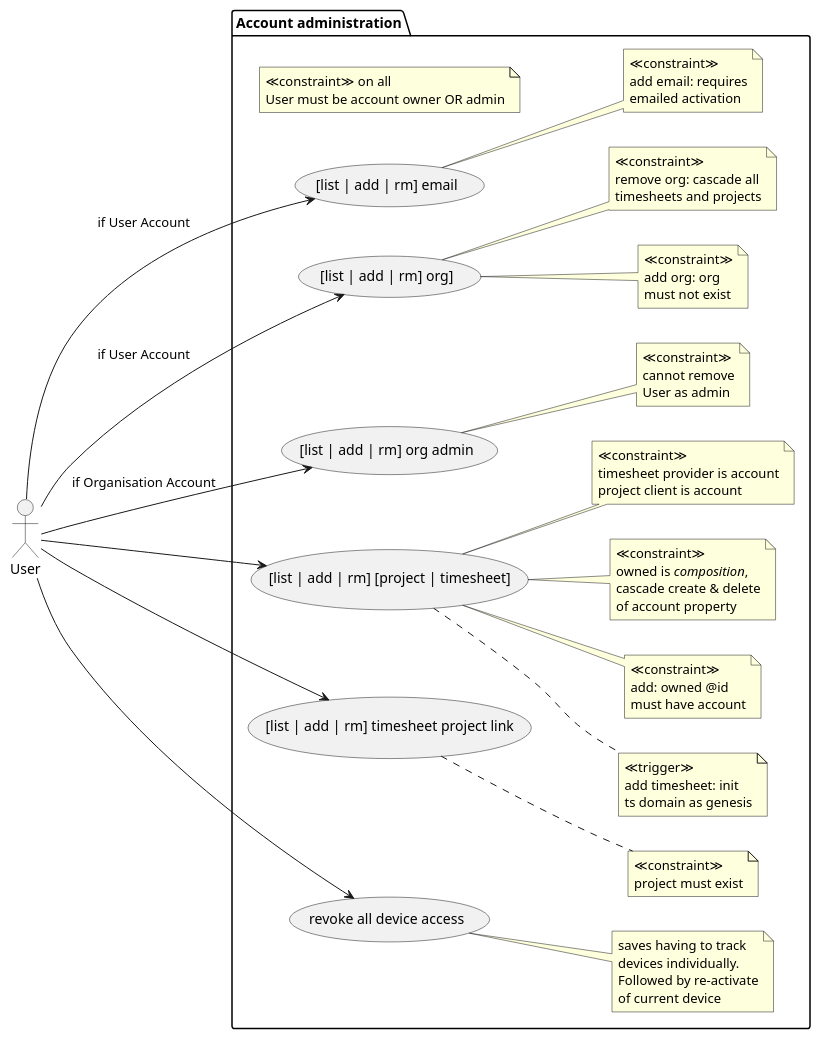
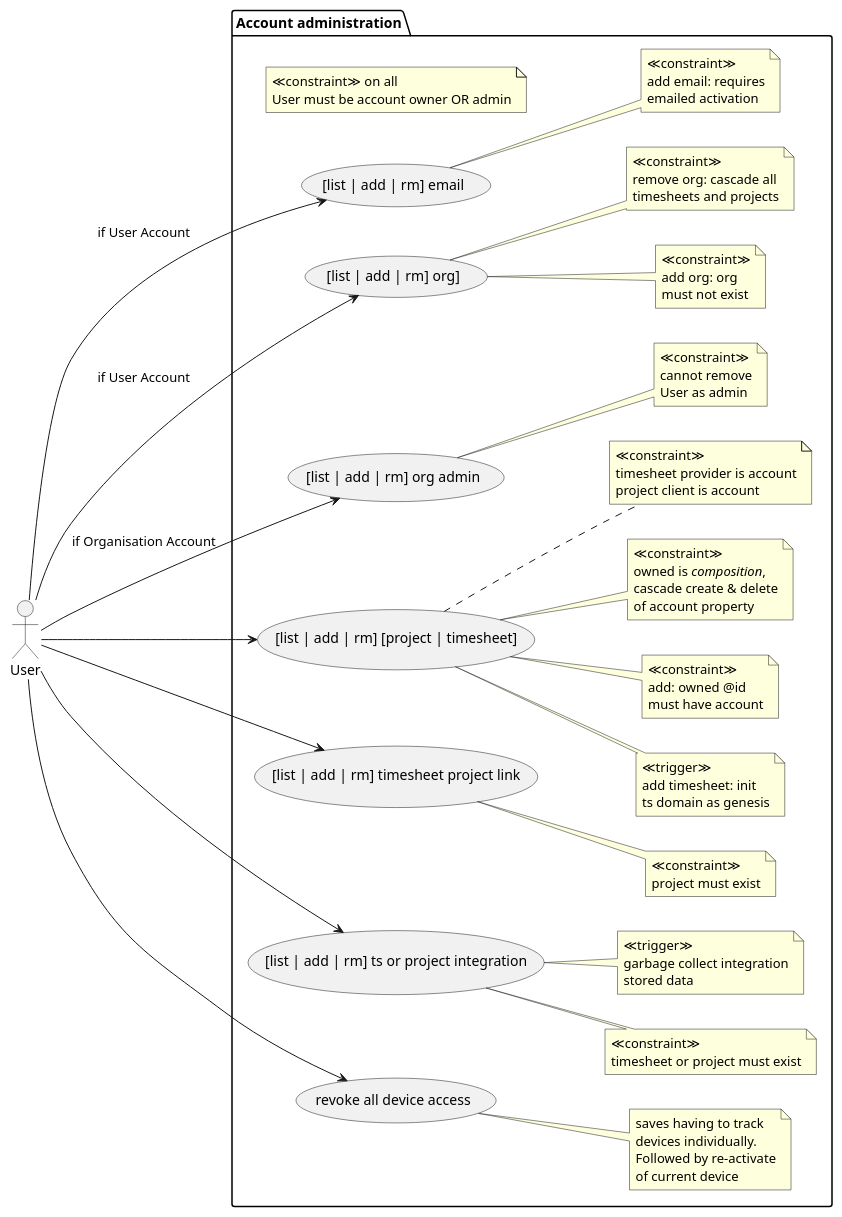
The diagram in architecture/use-case/administration.use-case.puml (m-ld/timeld), drawn with PlantUML before and after one commit. The commit also changed 22 other files, not shown here.

```diff
--- a/architecture/use-case/administration.use-case.puml
+++ b/architecture/use-case/administration.use-case.puml
@@ -1,78 +1,90 @@
 @startuml
 'https://plantuml.com/use-case-diagram
 left to right direction
 
 actor User
 package "Account administration" {
   note "≪constraint≫ on all\nUser must be account owner OR admin" as appliesToAll
 
   usecase userAdminEmail as ([list | add | rm] email)
   User --> userAdminEmail: if User Account
   note right of userAdminEmail
     ' TODO
     ≪constraint≫
     add email: requires
     emailed activation
   end note
 
   usecase userAdminOrg as ([list | add | rm] org])
   User --> userAdminOrg: if User Account
   note right of userAdminOrg
     ≪constraint≫
     add org: org
     must not exist
   end note
   note right of userAdminOrg
     ≪constraint≫
     remove org: cascade all
     timesheets and projects
   end note
   usecase orgAdmin as ([list | add | rm] org admin)
   User --> orgAdmin: if Organisation Account
   note right of orgAdmin
     ≪constraint≫
     cannot remove
     User as admin
   end note
 
   usecase ownedAdmin as ([list | add | rm] [project | timesheet])
   User --> ownedAdmin
   note right of ownedAdmin
     ≪trigger≫
     add timesheet: init
     ts domain as genesis
   end note
   note right of ownedAdmin
     ≪constraint≫
     add: owned @id
     must have account
   end note
   note right of ownedAdmin
     ≪constraint≫
     owned is //composition//,
     cascade create & delete
     of account property
   end note
   note right of ownedAdmin
     ≪constraint≫
     timesheet provider is account
     project client is account
   end note
 
   User --> ([list | add | rm] timesheet project link)
   note right
     ≪constraint≫
     project must exist
   end note
 
+  usecase integrations as ([list | add | rm] ts or project integration)
+  User --> integrations
+  note right of integrations
+    ≪constraint≫
+    timesheet or project must exist
+  end note
+  note right of integrations
+    ≪trigger≫
+    garbage collect integration
+    stored data
+  end note
+
   ' TODO
   User --> (revoke all device access)
   note right
     saves having to track
     devices individually.
     Followed by re-activate
     of current device
   end note
 }
 
 @enduml
```
